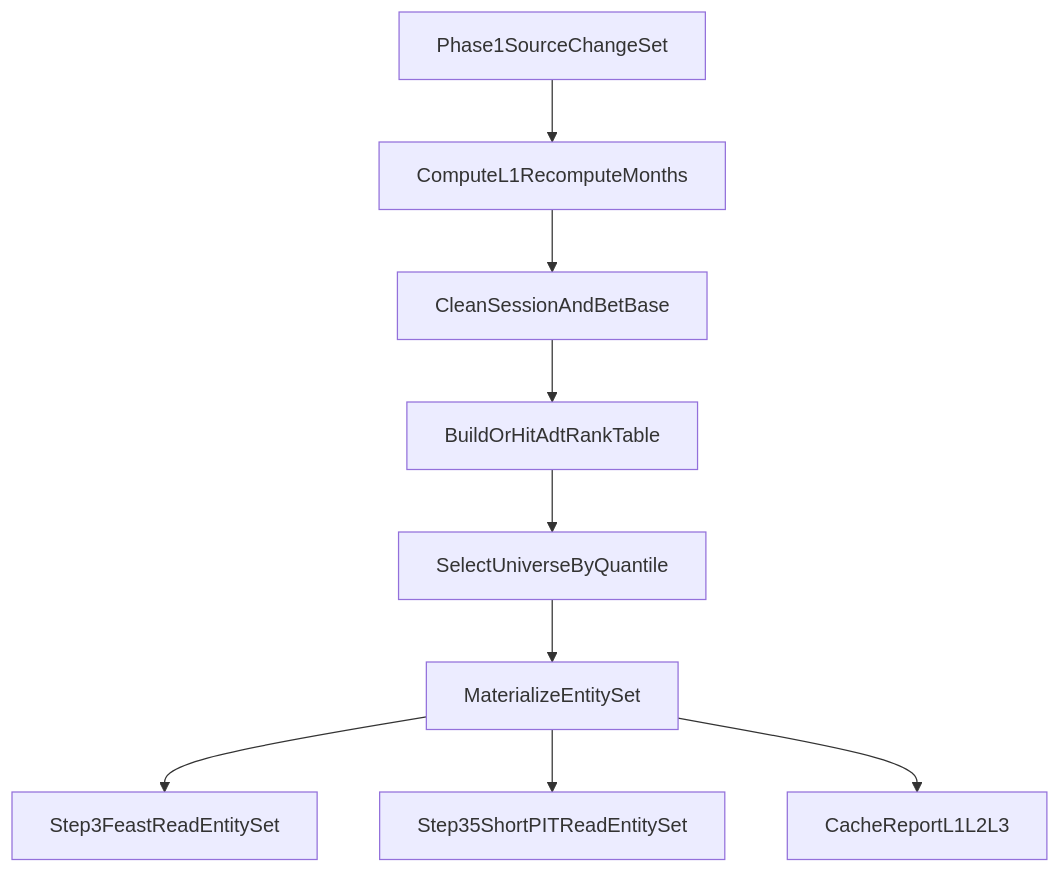
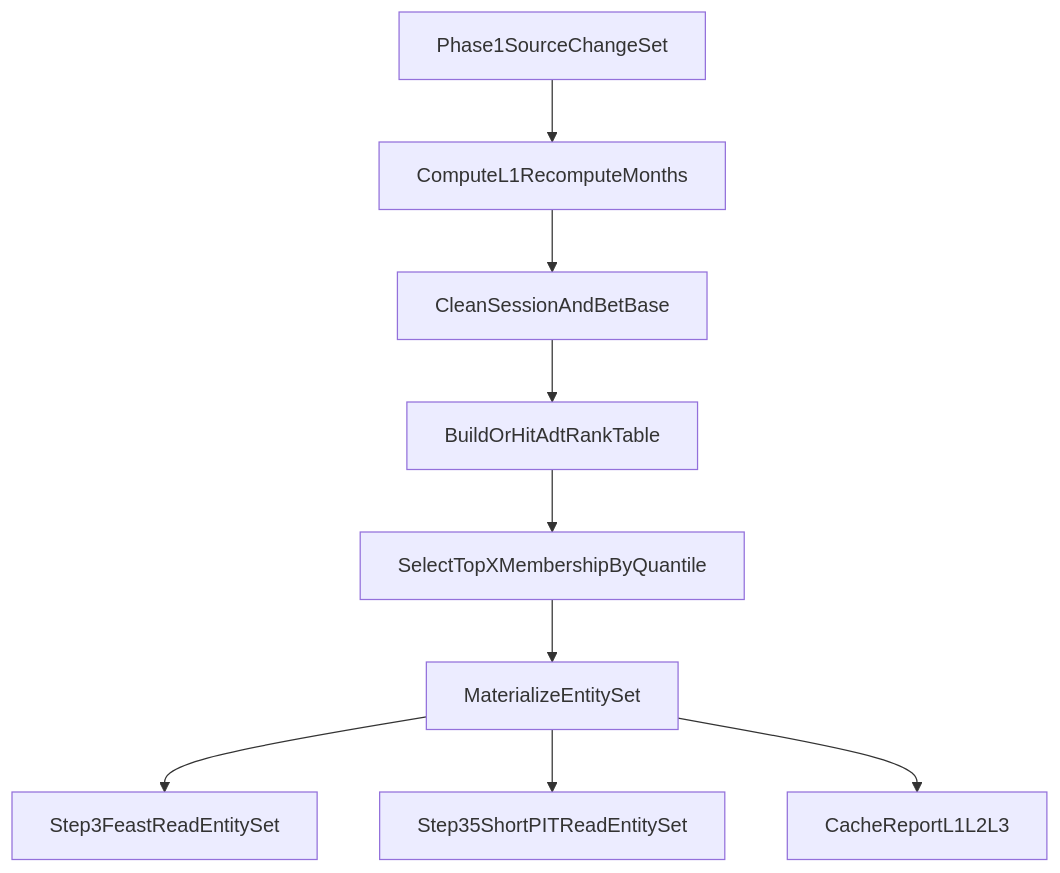
The diagram in trainer_hightier/doc/working/cache-redesign/Cache Redesign - WORKING_PLAN Phase 2.md (comsaint/Patron_Walkaway), drawn with Mermaid before and after one commit. The commit also changed other lines of this file and 32 other files, not shown here.

````diff
--- a/trainer_hightier/doc/working/cache-redesign/Cache Redesign - WORKING_PLAN Phase 2.md
+++ b/trainer_hightier/doc/working/cache-redesign/Cache Redesign - WORKING_PLAN Phase 2.md
@@ -119,11 +136,11 @@
 ```mermaid
 flowchart TD
   sm[Phase1SourceChangeSet] --> inv[ComputeL1RecomputeMonths]
   inv --> l1[CleanSessionAndBetBase]
   l1 --> rank[BuildOrHitAdtRankTable]
-  rank --> sel[SelectUniverseByQuantile]
+  rank --> sel[SelectTopXMembershipByQuantile]
   sel --> es[MaterializeEntitySet]
   es --> step3[Step3FeastReadEntitySet]
   es --> pit[Step35ShortPITReadEntitySet]
   es --> metrics[CacheReportL1L2L3]
 ```
````
